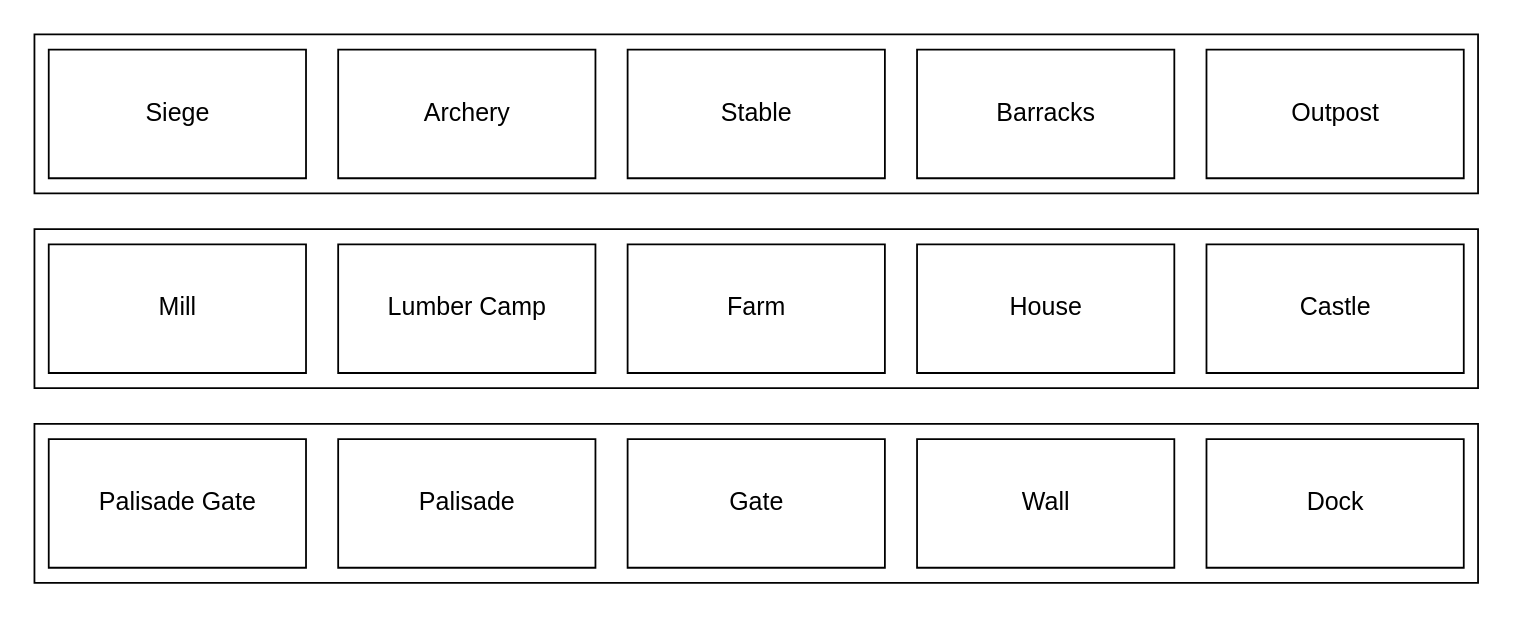
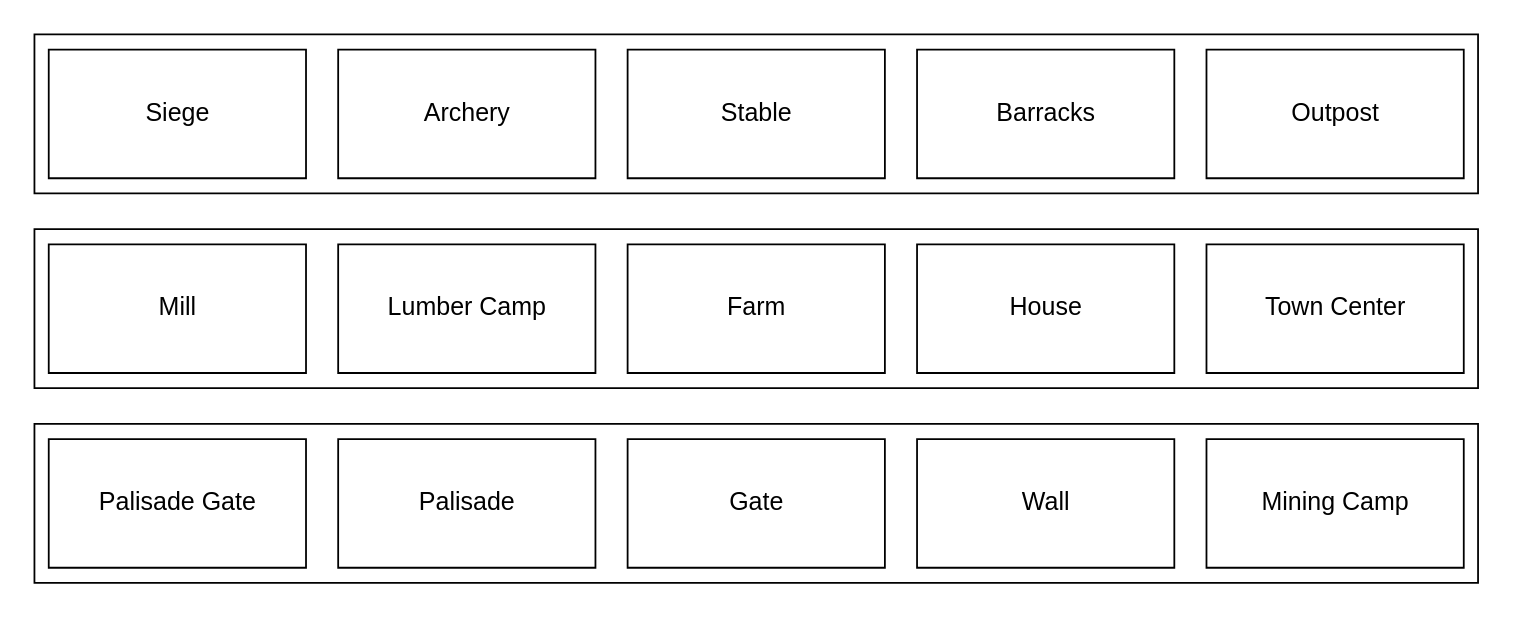
Before and after one commit to TheAgeOfCoding/age-hotkey-science: the diagram in layer2.dot, drawn with Graphviz. The commit also changed 7 other files, not shown here.

```diff
--- a/layer2.dot
+++ b/layer2.dot
@@ -1,27 +1,27 @@
 digraph D {
     node [pin=true, width=2, height=1, shape=record, fixedsize=true, autosize=false, fontname="Arial"];
     subgraph cluster_0 {
       e [label="Outpost"];
       d [label="Barracks"];
       c [label="Stable"];
       b [label="Archery"];
       a [label="Siege"];
     }
     subgraph cluster_1 {
-      j [label="Castle"];
+      j [label="Town Center"];
       i [label="House"];
       h [label="Farm"];
       g [label="Lumber Camp"];
       f [label="Mill"];
     }
 
     subgraph cluster_2 {
-      k [label="Dock"];
+      k [label="Mining Camp"];
       l [label="Wall"];
       m [label="Gate"];
       n [label="Palisade"];
       o [label="Palisade Gate"];
     }
   a -> f [style=invis];
   j -> k [style=invis];
 }
```
